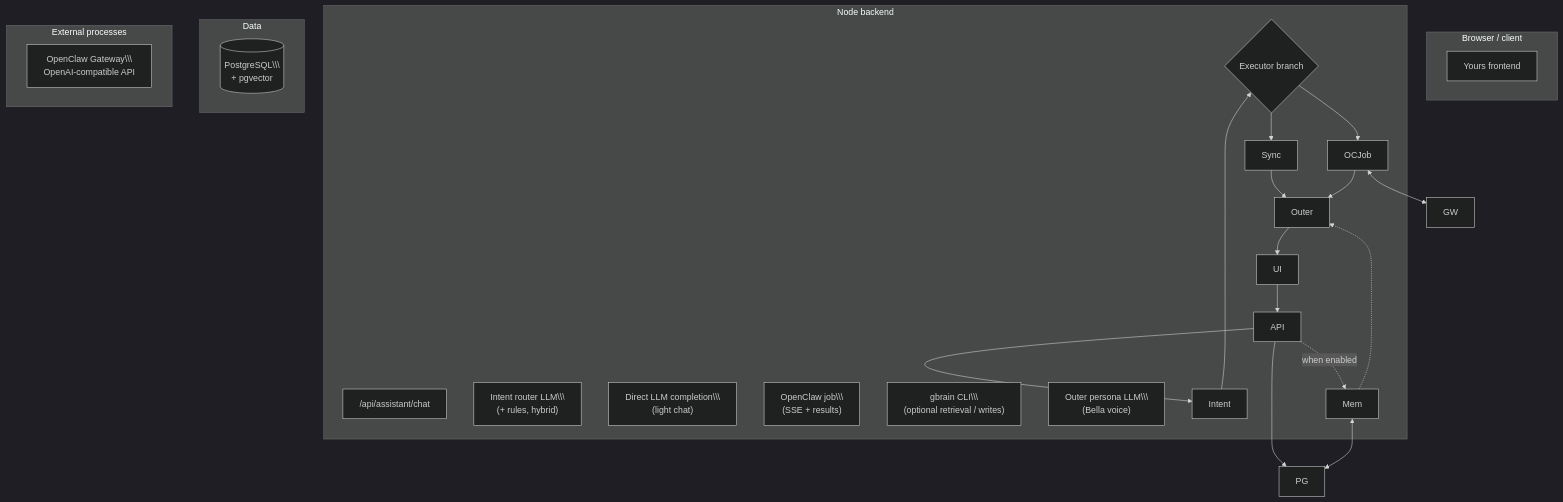
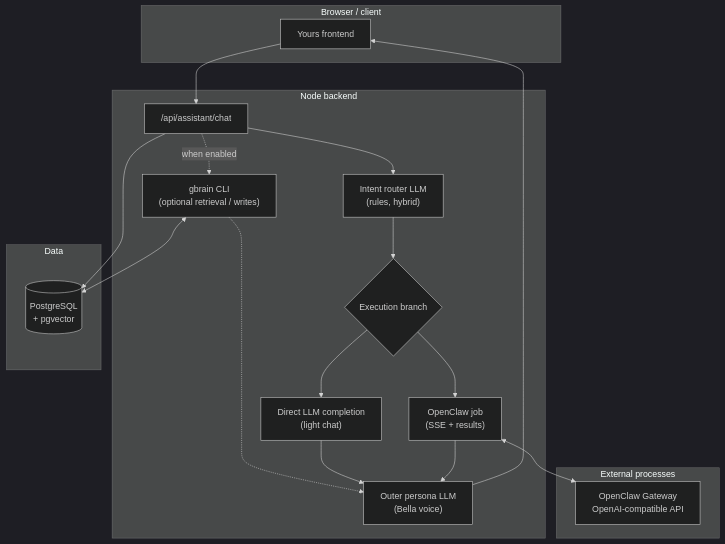
Before and after one commit to JCat007/Yours-A-more-thoughtful-AI-companion: the diagram in README.md, drawn with Mermaid (dark theme). The commit also changed other lines of this file, not shown here.

````diff
--- a/README.md
+++ b/README.md
@@ -39,38 +41,38 @@
 ```mermaid
 flowchart TB
-  subgraph client\\\["Browser / client"]
-    UI\\\[Yours frontend]
+  subgraph client["Browser / client"]
+    UI[Yours frontend]
   end
 
-  subgraph backend\\\["Node backend"]
-    API\\\["/api/assistant/chat"]
-    Intent\\\["Intent router LLM\\\\n(+ rules, hybrid)"]
-    Exec{"Executor branch"}
-    Sync\\\["Direct LLM completion\\\\n(light chat)"]
-    OCJob\\\["OpenClaw job\\\\n(SSE + results)"]
-    Mem\\\["gbrain CLI\\\\n(optional retrieval / writes)"]
-    Outer\\\["Outer persona LLM\\\\n(Bella voice)"]
+  subgraph backend["Node backend"]
+    API["/api/assistant/chat"]
+    Intent["Intent router LLM\n(rules, hybrid)"]
+    Exec{"Execution branch"}
+    Sync["Direct LLM completion\n(light chat)"]
+    OCJob["OpenClaw job\n(SSE + results)"]
+    Mem["gbrain CLI\n(optional retrieval / writes)"]
+    Outer["Outer persona LLM\n(Bella voice)"]
     API --> Intent
     Intent --> Exec
     Exec --> Sync
     Exec --> OCJob
     API -.->|when enabled| Mem
     Mem -.-> Outer
     Sync --> Outer
     OCJob --> Outer
     Outer --> UI
   end
 
-  subgraph data\\\["Data"]
-    PG\\\[(PostgreSQL\\\\n+ pgvector)]
+  subgraph data["Data"]
+    PG[(PostgreSQL\n+ pgvector)]
   end
 
-  subgraph external\\\["External processes"]
-    GW\\\[OpenClaw Gateway\\\\nOpenAI-compatible API]
+  subgraph external["External processes"]
+    GW[OpenClaw Gateway\nOpenAI-compatible API]
   end
 
   UI --> API
   OCJob <--> GW
   API --> PG
   Mem <--> PG
 ```
````
